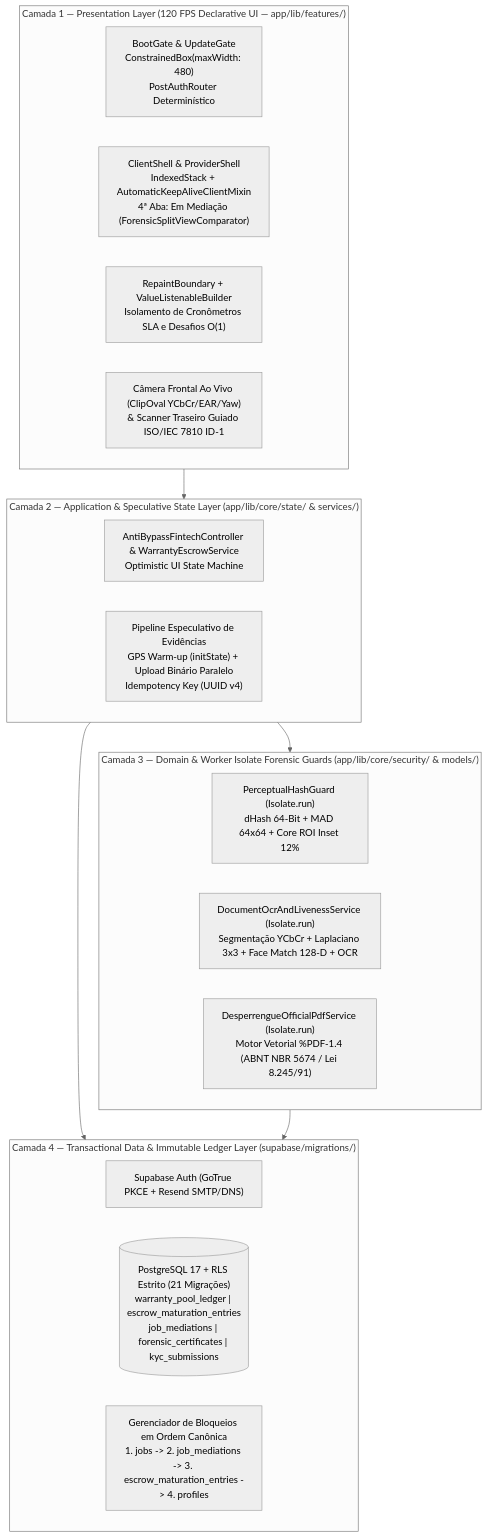
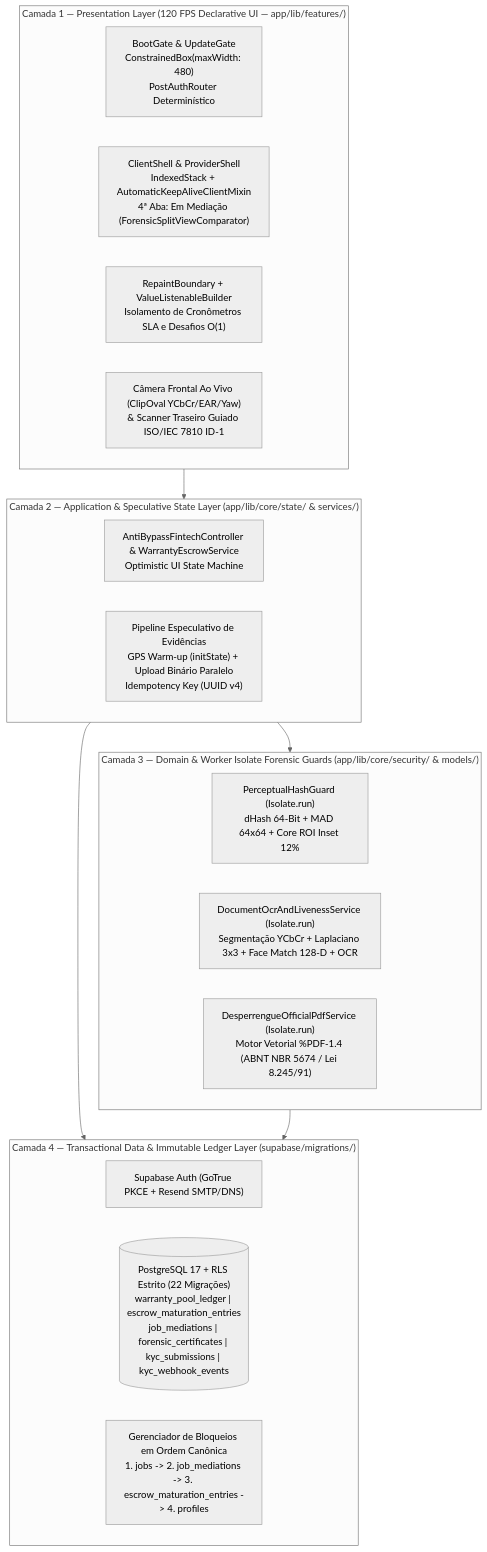
One commit to WagnerxOliveira/DesperrengueApp_TAI3 changed the first of 4 diagrams in README.md. Above: the diagram before and after it, drawn with Mermaid (neutral theme). The commit also changed other lines of this file and 6 other files, not shown here.

````diff
--- a/README.md
+++ b/README.md
@@ -68,31 +69,31 @@
 ```mermaid
 flowchart TB
     subgraph L1["Camada 1 — Presentation Layer (120 FPS Declarative UI — app/lib/features/)"]
         Boot["BootGate & UpdateGate\nConstrainedBox(maxWidth: 480)\nPostAuthRouter Determinístico"]
         Shells["ClientShell & ProviderShell\nIndexedStack + AutomaticKeepAliveClientMixin\n4ª Aba: Em Mediação (ForensicSplitViewComparator)"]
         Repaint["RepaintBoundary + ValueListenableBuilder\nIsolamento de Cronômetros SLA e Desafios O(1)"]
         Scanners["Câmera Frontal Ao Vivo (ClipOval YCbCr/EAR/Yaw)\n& Scanner Traseiro Guiado ISO/IEC 7810 ID-1"]
     end
 
     subgraph L2["Camada 2 — Application & Speculative State Layer (app/lib/core/state/ & services/)"]
         FintechCtrl["AntiBypassFintechController & WarrantyEscrowService\nOptimistic UI State Machine"]
         SpecPipe["Pipeline Especulativo de Evidências\nGPS Warm-up (initState) + Upload Binário Paralelo\nIdempotency Key (UUID v4)"]
     end
 
     subgraph L3["Camada 3 — Domain & Worker Isolate Forensic Guards (app/lib/core/security/ & models/)"]
         PHashGuard["PerceptualHashGuard (Isolate.run)\ndHash 64-Bit + MAD 64x64 + Core ROI Inset 12%"]
         BioService["DocumentOcrAndLivenessService (Isolate.run)\nSegmentação YCbCr + Laplaciano 3x3 + Face Match 128-D + OCR"]
         PdfEngine["DesperrengueOfficialPdfService (Isolate.run)\nMotor Vetorial %PDF-1.4 (ABNT NBR 5674 / Lei 8.245/91)"]
     end
 
     subgraph L4["Camada 4 — Transactional Data & Immutable Ledger Layer (supabase/migrations/)"]
         Auth["Supabase Auth (GoTrue PKCE + Resend SMTP/DNS)"]
-        PG[("PostgreSQL 17 + RLS Estrito (21 Migrações)\nwarranty_pool_ledger | escrow_maturation_entries\njob_mediations | forensic_certificates | kyc_submissions")]
+        PG[("PostgreSQL 17 + RLS Estrito (22 Migrações)\nwarranty_pool_ledger | escrow_maturation_entries\njob_mediations | forensic_certificates | kyc_submissions | kyc_webhook_events")]
         Locks["Gerenciador de Bloqueios em Ordem Canônica\n1. jobs -> 2. job_mediations -> 3. escrow_maturation_entries -> 4. profiles"]
     end
 
     L1 --> L2
     L2 --> L3
     L2 --> L4
     L3 --> L4
 ```
````
